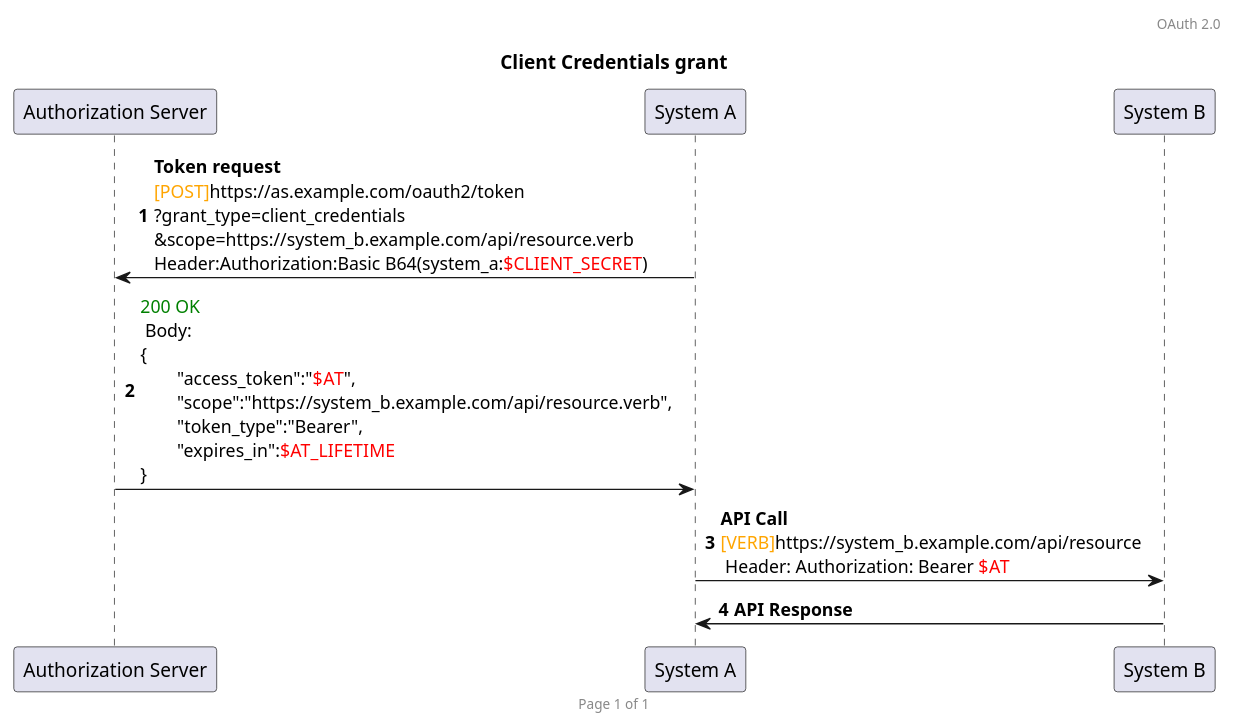
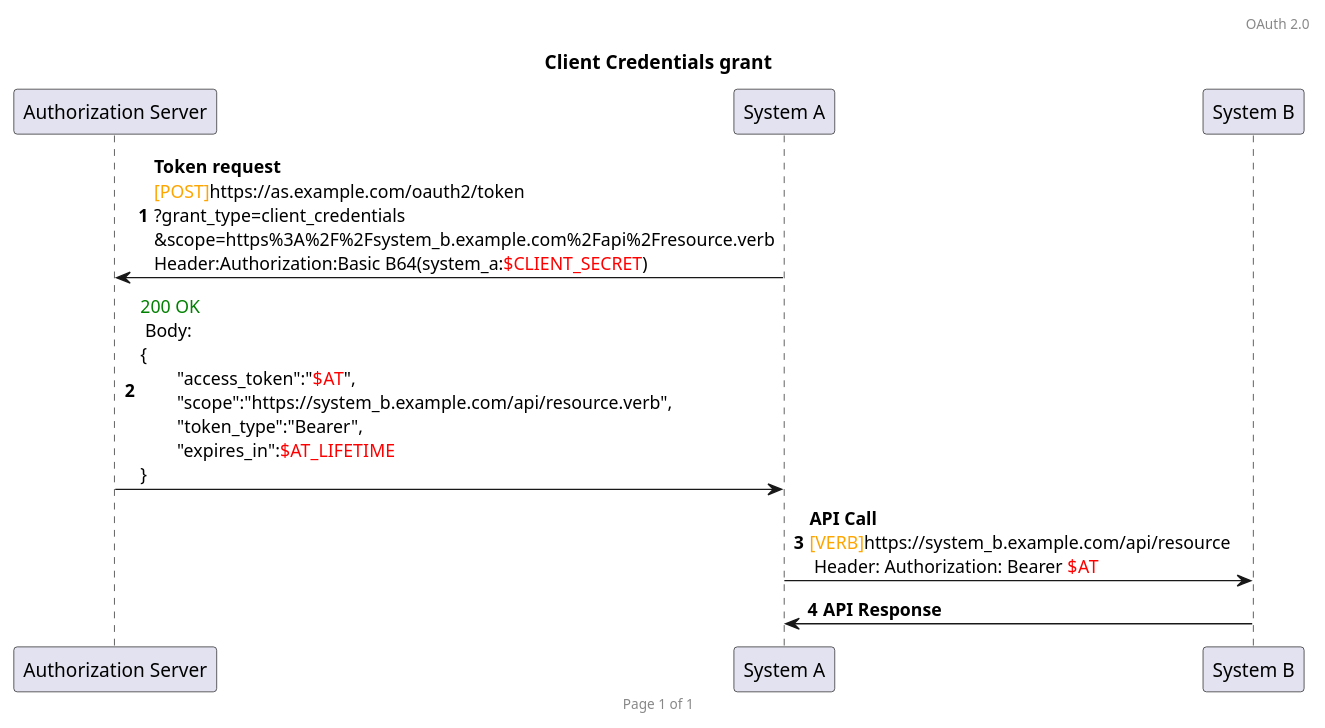
One commit to HenriLefevrePro/Articles changed the diagram in plantuml/oauth2/client_credentials.plantuml. Above: the diagram before and after it, drawn with PlantUML.

```diff
--- a/plantuml/oauth2/client_credentials.plantuml
+++ b/plantuml/oauth2/client_credentials.plantuml
@@ -1,18 +1,18 @@
 @startuml
 
 header OAuth 2.0
 footer Page %page% of %lastpage%
 
 title Client Credentials grant
 autonumber
 
 participant Auth as "Authorization Server"
 participant A as "System A"
 participant B as "System B"
 
-A -> Auth : **Token request**\n<font color=orange>[POST]</font>https://as.example.com/oauth2/token\n?grant_type=client_credentials\n&scope=https://system_b.example.com/api/resource.verb\nHeader:Authorization:Basic B64(system_a:<font color=red>$CLIENT_SECRET</font>)
+A -> Auth : **Token request**\n<font color=orange>[POST]</font>https://as.example.com/oauth2/token\n?grant_type=client_credentials\n&scope=https%3A%2F%2Fsystem_b.example.com%2Fapi%2Fresource.verb\nHeader:Authorization:Basic B64(system_a:<font color=red>$CLIENT_SECRET</font>)
 Auth -> A : <font color=green>200 OK</font> \n Body: \n{\n\t"access_token":"<font color=red>$AT</font>",\n\t"scope":"https://system_b.example.com/api/resource.verb",\n\t"token_type":"Bearer",\n\t"expires_in":<font color=red>$AT_LIFETIME</font>\n}
 
 A -> B : **API Call** \n<font color=orange>[VERB]</font>https://system_b.example.com/api/resource\n Header: Authorization: Bearer <font color=red>$AT</font>
 B -> A : **API Response**
 @enduml
```
